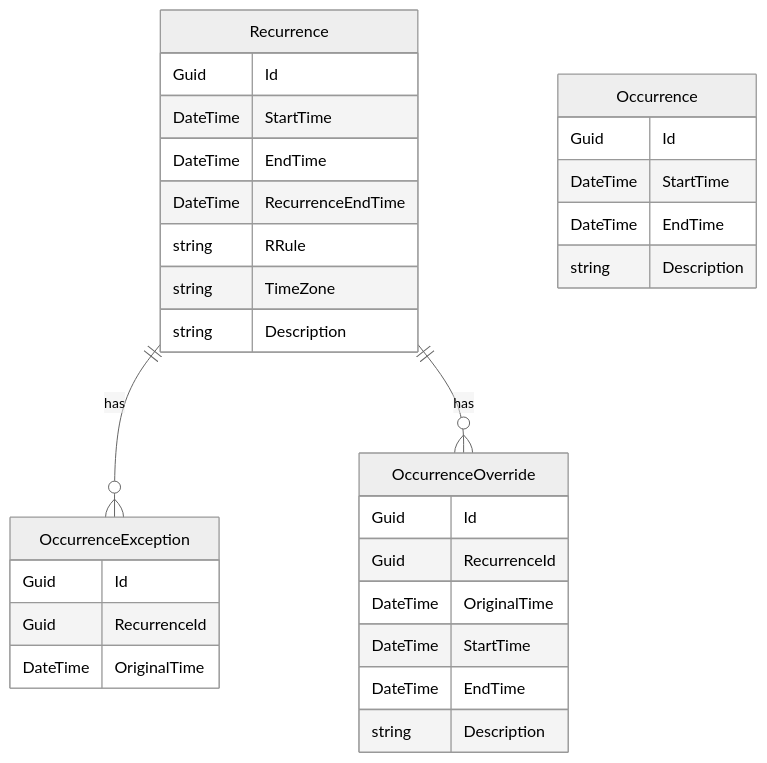
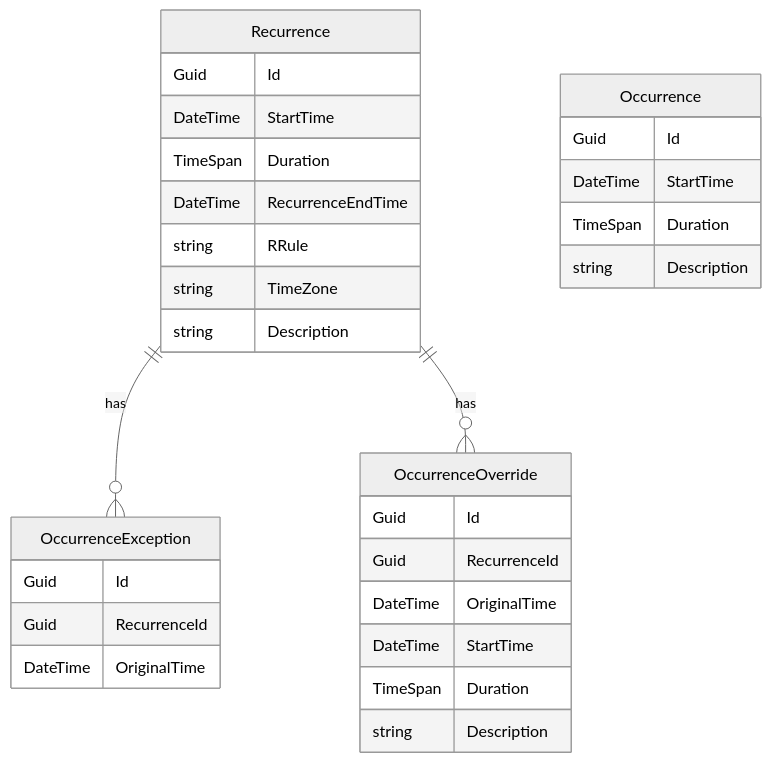
One commit to ChuckNovice/RecurringThings changed the first of 3 diagrams in README.md. Above: the diagram before and after it, drawn with Mermaid (neutral theme). The commit also changed other lines of this file, not shown here.

````diff
--- a/README.md
+++ b/README.md
@@ -115,37 +34,38 @@
 ```mermaid
 erDiagram
     Recurrence {
         Guid Id
         DateTime StartTime 
-        DateTime EndTime
+        TimeSpan Duration
         DateTime RecurrenceEndTime
         string RRule
         string TimeZone
         string Description
     }
 
     Occurrence {
         Guid Id
         DateTime StartTime
-        DateTime EndTime
+        TimeSpan Duration
         string Description
     }
 
     OccurrenceException {
         Guid Id
         Guid RecurrenceId
         DateTime OriginalTime
     }
 
     OccurrenceOverride {
         Guid Id
         Guid RecurrenceId
         DateTime OriginalTime
         DateTime StartTime
-        DateTime EndTime
+        TimeSpan Duration
         string Description
     }
 
     Recurrence ||--o{ OccurrenceException : has
     Recurrence ||--o{ OccurrenceOverride : has
+
 ```
````
